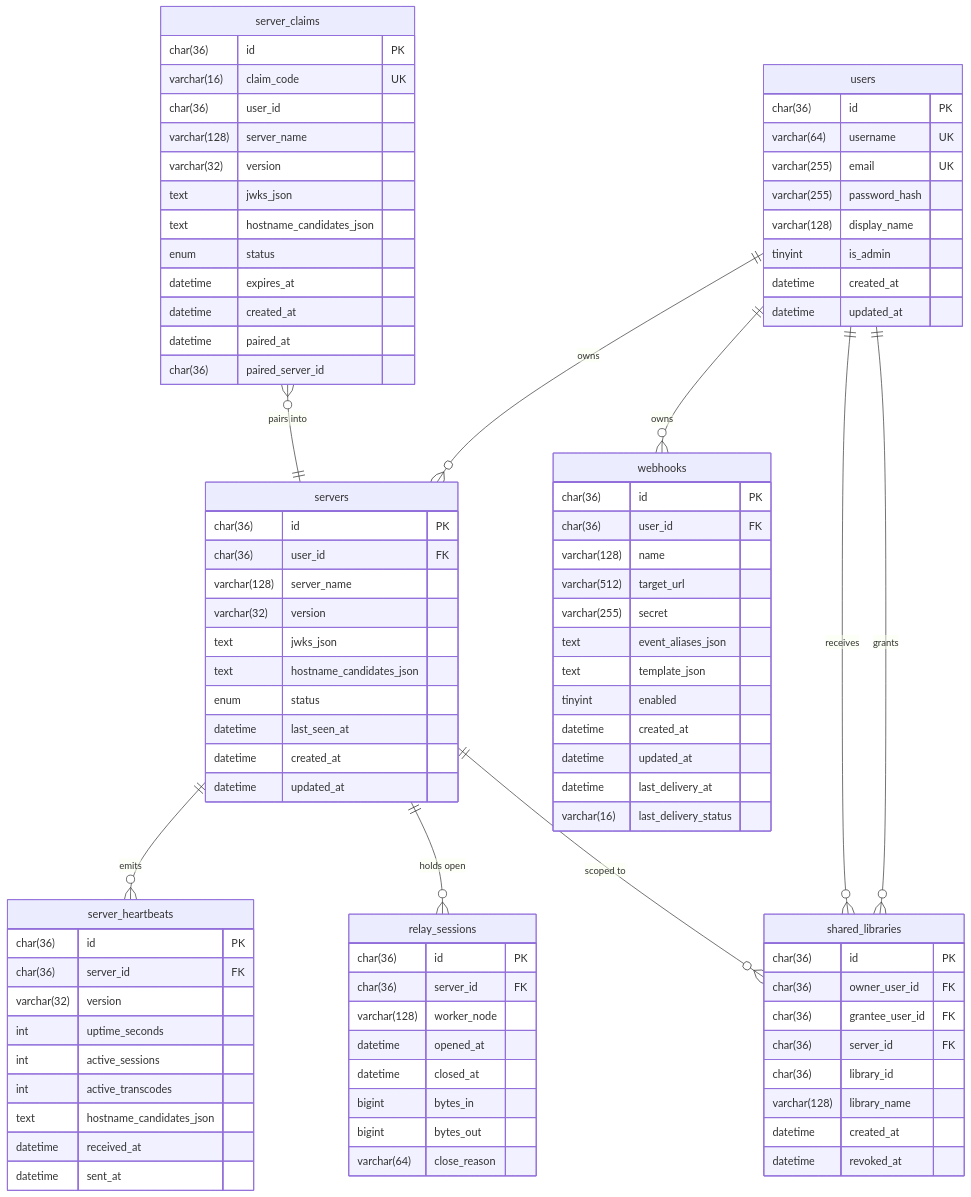
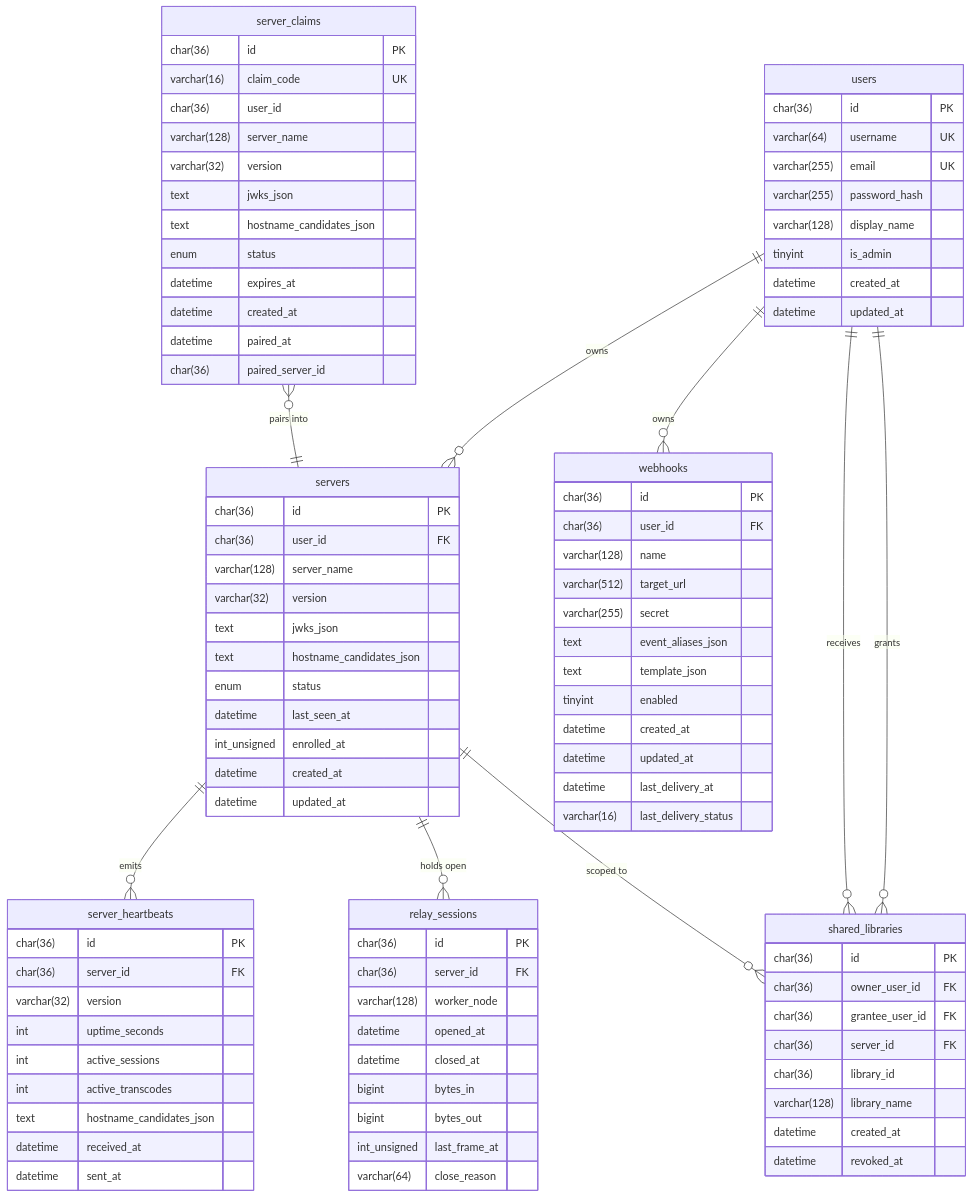
Before and after one commit to detain/phlix-hub: the diagram in docs/dev/schema.md, drawn with Mermaid. The commit also changed other lines of this file and 4 other files, not shown here.

First line of the commit message:
fix(hub): add missing enrolled_at and last_frame_at columns (#17)

```diff
--- a/docs/dev/schema.md
+++ b/docs/dev/schema.md
@@ -49,6 +49,7 @@
         text         hostname_candidates_json
         enum         status
         datetime     last_seen_at
+        int_unsigned enrolled_at
         datetime     created_at
         datetime     updated_at
     }
@@ -99,6 +100,7 @@
         datetime     closed_at
         bigint       bytes_in
         bigint       bytes_out
+        int_unsigned last_frame_at
         varchar(64)  close_reason
     }
 
```
